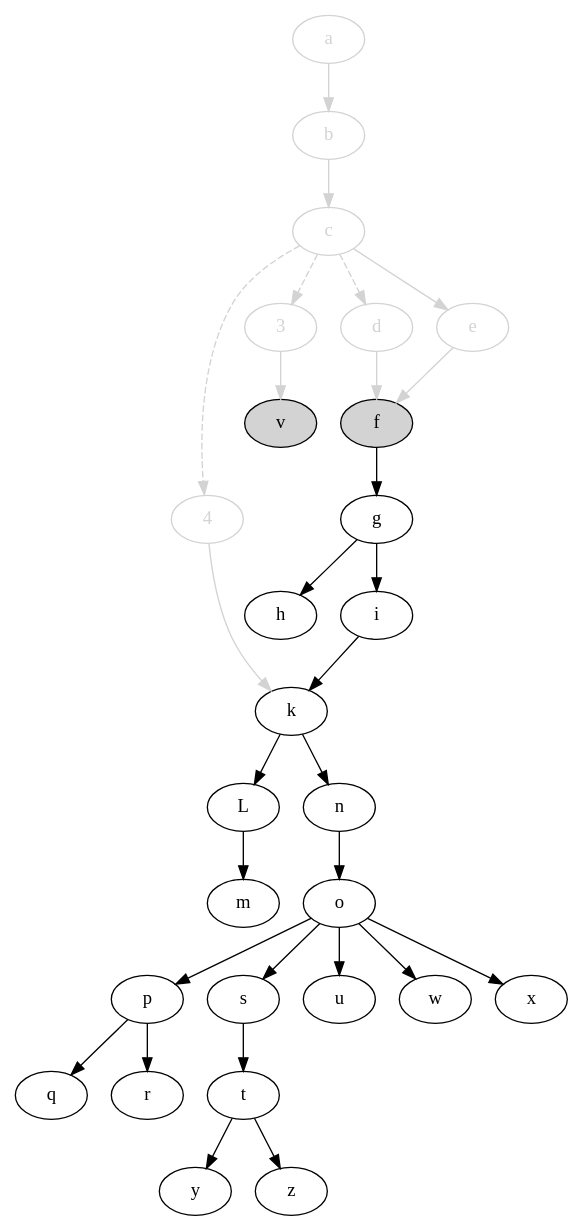
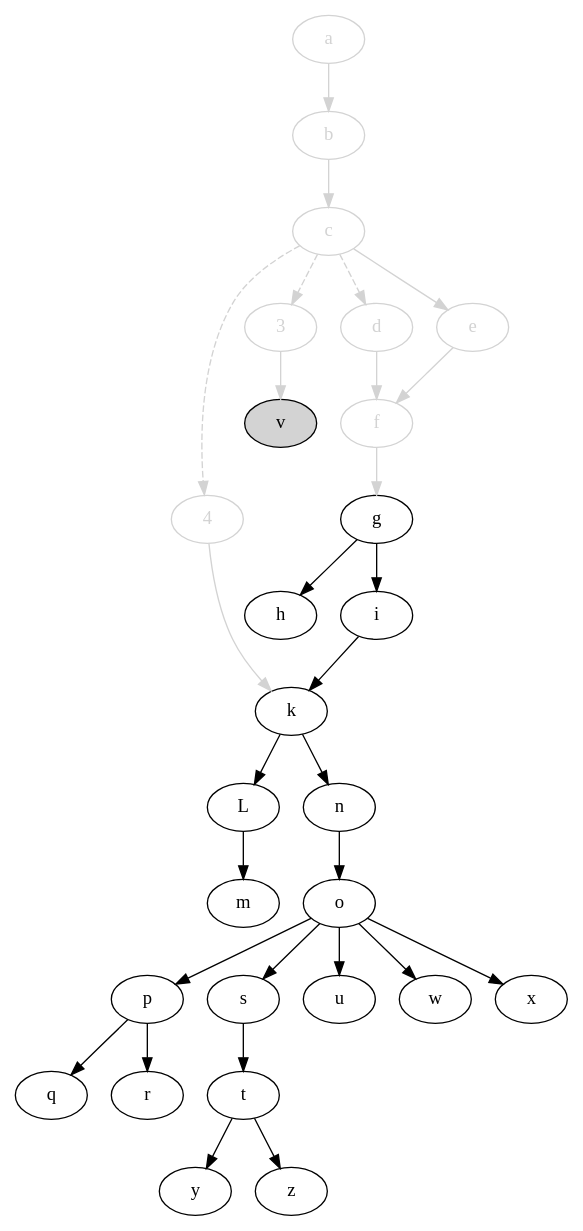
Before and after one commit to jdmpapin/svm-startup-deps: the diagram in svm-startup-deps.dot, drawn with Graphviz. The commit also changed 1 other file, not shown here.

```diff
--- a/svm-startup-deps.dot
+++ b/svm-startup-deps.dot
@@ -1,58 +1,58 @@
 digraph {
     4 [color=lightgrey,fontcolor=lightgrey];
     3 [color=lightgrey,fontcolor=lightgrey];
     a [color=lightgrey,fontcolor=lightgrey];
     b [color=lightgrey,fontcolor=lightgrey];
     c [color=lightgrey,fontcolor=lightgrey];
     d [color=lightgrey,fontcolor=lightgrey];
     e [color=lightgrey,fontcolor=lightgrey];
-    f [style=filled,fillcolor=lightgrey];
+    f [color=lightgrey,fontcolor=lightgrey];
     g;
     h;
     i;
     k;
     L;
     m;
     n;
     o;
     p;
     q;
     r;
     s;
     t;
     u;
     v [style=filled,fillcolor=lightgrey];
     w;
     x;
     y;
     z;
 
     4 -> k [color=lightgrey];
     c -> 4 [style=dashed,color=lightgrey];
     c -> 3 [style=dashed,color=lightgrey];
     c -> d [style=dashed,color=lightgrey];
     3 -> v [color=lightgrey];
     a -> b [color=lightgrey];
     b -> c [color=lightgrey];
     c -> e [color=lightgrey];
     d -> f [color=lightgrey];
     e -> f [color=lightgrey];
-    f -> g;
+    f -> g [color=lightgrey];
     g -> h;
     g -> i;
     i -> k;
     k -> L;
     L -> m;
     k -> n;
     n -> o;
     o -> p;
     p -> q;
     p -> r;
     o -> s;
     s -> t;
     o -> u;
     o -> w;
     o -> x;
     t -> y;
     t -> z;
 }
```
